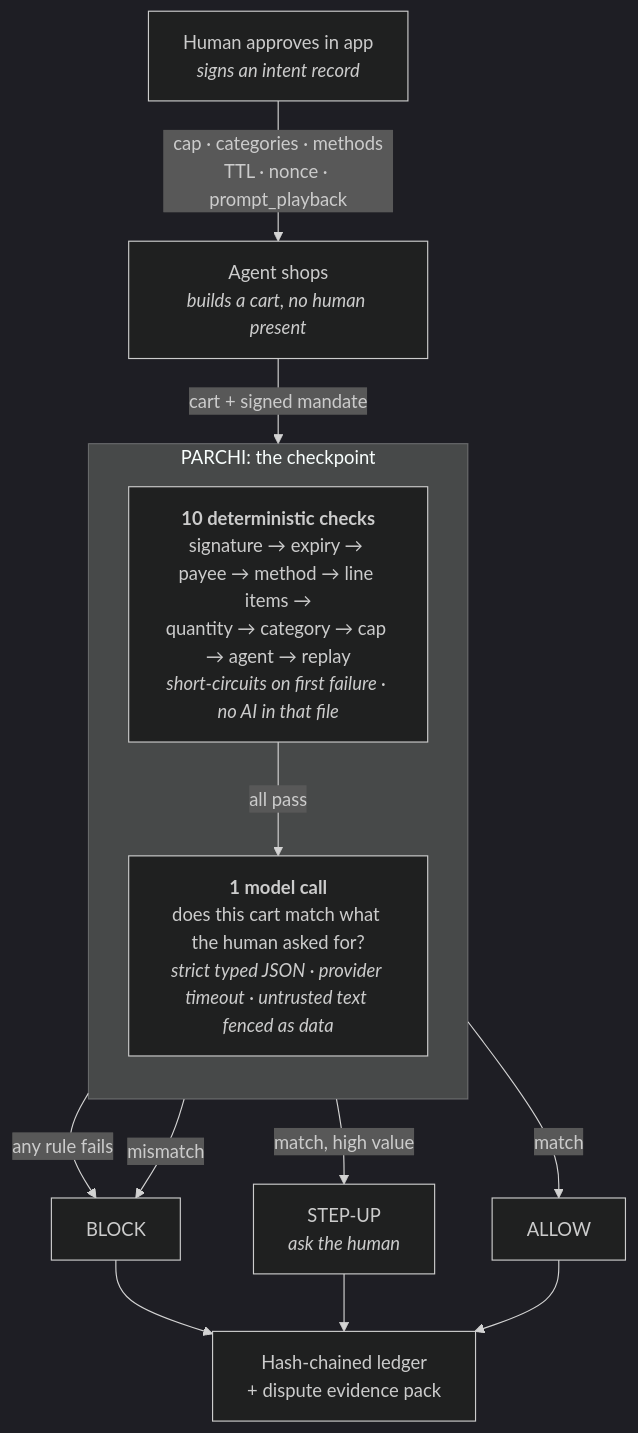
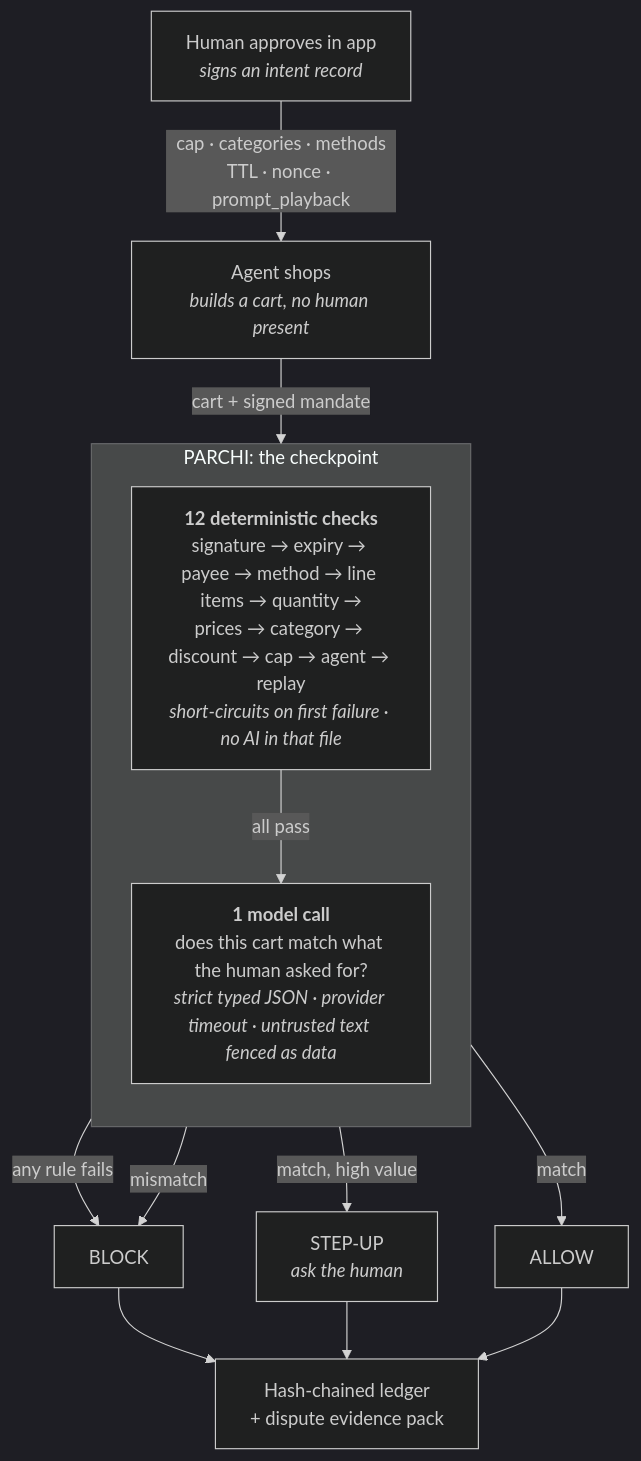
Before and after one commit to DarkBird10020/parchi: the diagram in README.md, drawn with Mermaid (dark theme). The commit also changed other lines of this file and 10 other files, not shown here.

````diff
--- a/README.md
+++ b/README.md
@@ -111,20 +112,20 @@
 ```mermaid
 flowchart TD
     H["Human approves in app<br/><i>signs an intent record</i>"] -->|"cap · categories · methods<br/>TTL · nonce · prompt_playback"| A
     A["Agent shops<br/><i>builds a cart, no human present</i>"] -->|"cart + signed mandate"| R
 
     subgraph P["PARCHI: the checkpoint"]
         direction TB
-        R["<b>10 deterministic checks</b><br/>signature → expiry → payee → method → line items →<br/>quantity → category → cap → agent → replay<br/><i>short-circuits on first failure · no AI in that file</i>"]
+        R["<b>12 deterministic checks</b><br/>signature → expiry → payee → method → line items → quantity →<br/>prices → category → discount → cap → agent → replay<br/><i>short-circuits on first failure · no AI in that file</i>"]
         R -->|all pass| M["<b>1 model call</b><br/>does this cart match what the human asked for?<br/><i>strict typed JSON · provider timeout · untrusted text fenced as data</i>"]
     end
 
     R -->|any rule fails| BLOCK["BLOCK"]
     M -->|mismatch| BLOCK
     M -->|match, high value| STEP["STEP-UP<br/><i>ask the human</i>"]
     M -->|match| ALLOW["ALLOW"]
 
     BLOCK --> L["Hash-chained ledger<br/>+ dispute evidence pack"]
     STEP --> L
     ALLOW --> L
 ```
````
